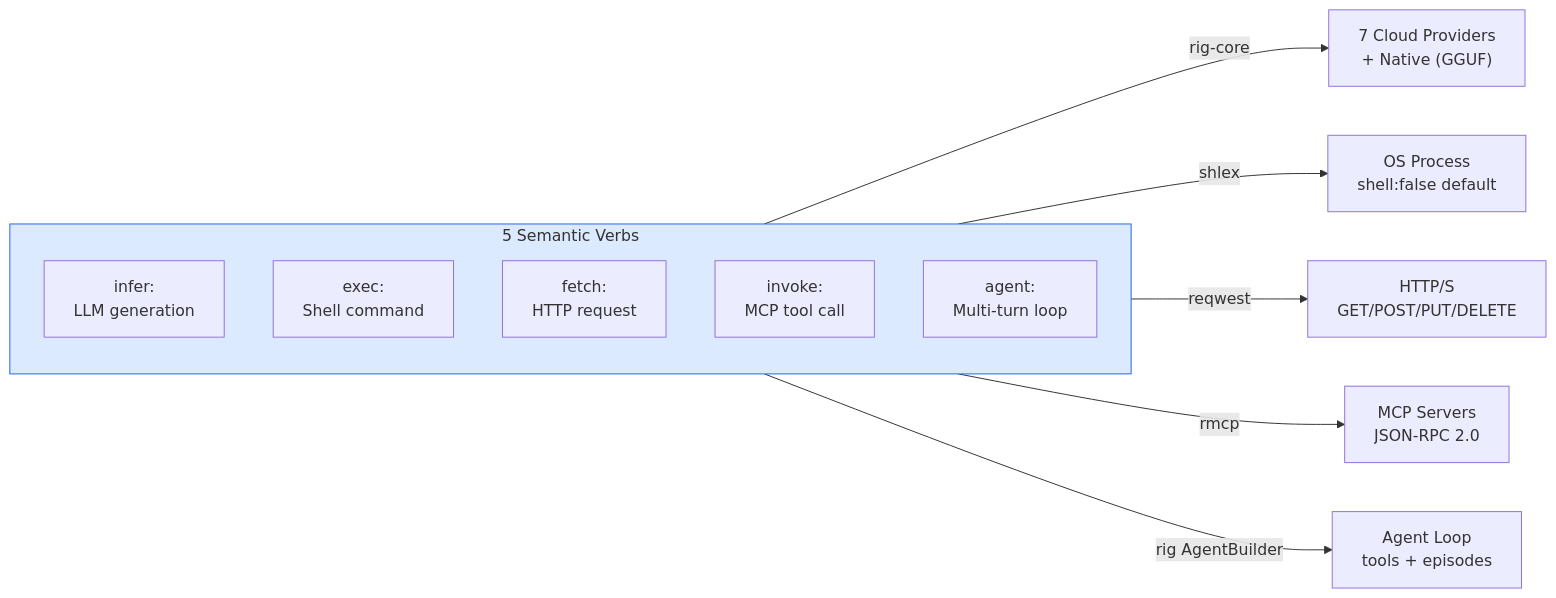
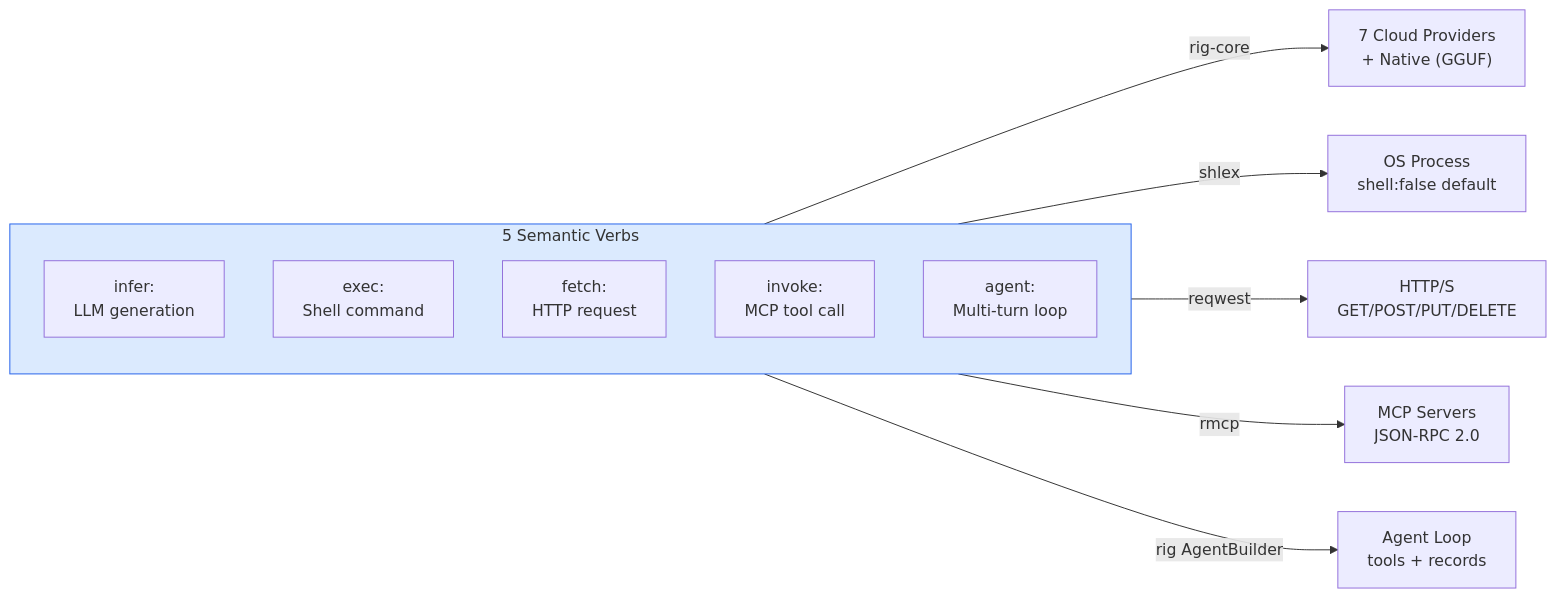
One commit to supernovae-st/nika changed the third of 23 diagrams in docs/brainstorm/nika-evolution/11-nika-030-technical-reference.md. Above: the diagram before and after it, drawn with Mermaid. The commit also changed other lines of this file and 12 other files, not shown here.

````diff
--- a/docs/brainstorm/nika-evolution/11-nika-030-technical-reference.md
+++ b/docs/brainstorm/nika-evolution/11-nika-030-technical-reference.md
@@ -137,19 +137,19 @@
 ```mermaid
 flowchart LR
     subgraph VERBS["5 Semantic Verbs"]
         direction TB
         INFER["infer:\nLLM generation"]
         EXEC["exec:\nShell command"]
         FETCH["fetch:\nHTTP request"]
         INVOKE["invoke:\nMCP tool call"]
         AGENT["agent:\nMulti-turn loop"]
     end
 
     INFER -->|"rig-core"| LLM["7 Cloud Providers\n+ Native (GGUF)"]
     EXEC -->|"shlex"| SHELL["OS Process\nshell:false default"]
     FETCH -->|"reqwest"| HTTP["HTTP/S\nGET/POST/PUT/DELETE"]
     INVOKE -->|"rmcp"| MCP_T["MCP Servers\nJSON-RPC 2.0"]
-    AGENT -->|"rig AgentBuilder"| LOOP["Agent Loop\ntools + episodes"]
+    AGENT -->|"rig AgentBuilder"| LOOP["Agent Loop\ntools + records"]
 
     style VERBS fill:#dbeafe,stroke:#2563eb
 ```
````
